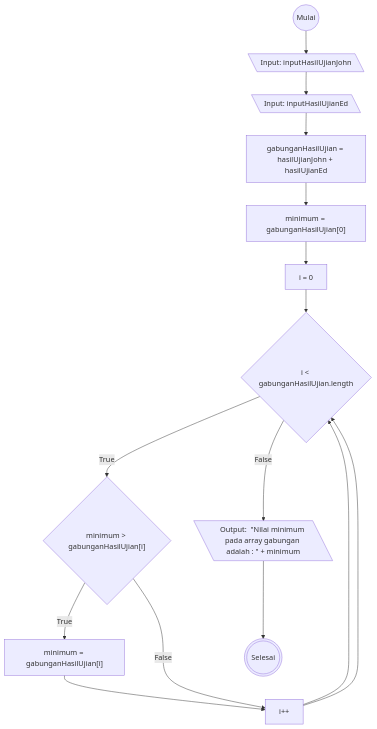
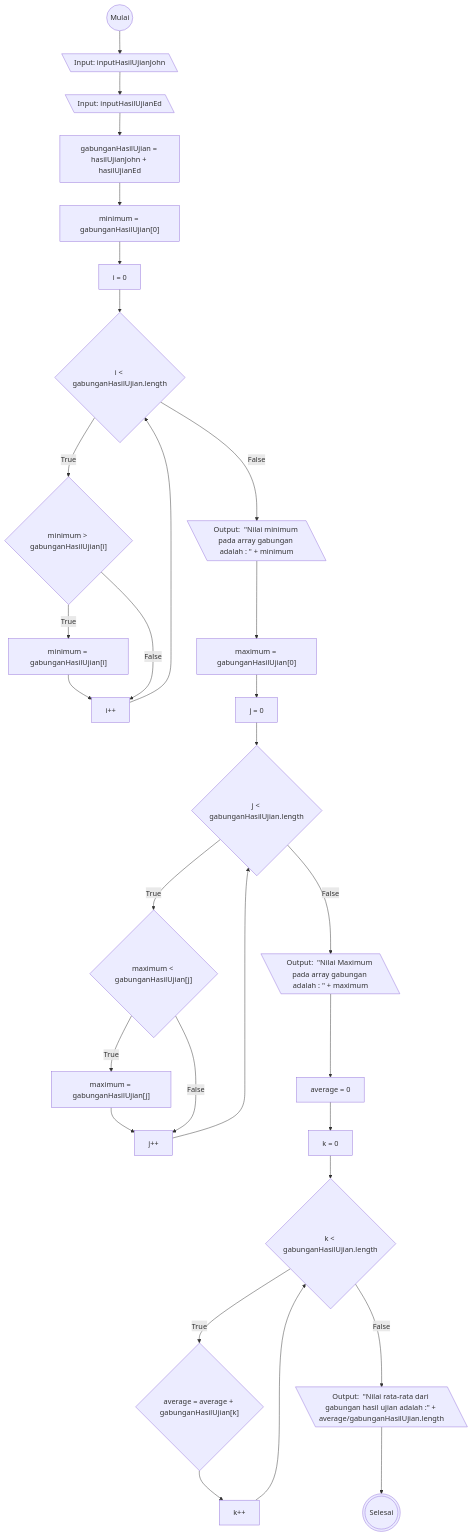
One commit to rezafauzan/koda-b6-javascript2 changed the diagram in task1.md. Above: the diagram before and after it, drawn with Mermaid. The commit also changed 1 other file, not shown here.

Commit message:
Update: add flowchart to find max and average from combined array, and a lil bit variable changes to better visualization in flowchart from code

````diff
--- a/task1.md
+++ b/task1.md
@@ -1,30 +1,57 @@
 ```mermaid
 flowchart TD
 
 start@{"shape": circle, "label": "Mulai"}
 inputHasilUjianJohn@{"shape": lean-l, "label": "Input: inputHasilUjianJohn"}
 inputHasilUjianEd@{"shape": lean-l, "label": "Input: inputHasilUjianEd"}
 combineHasilUjian@{"shape": rectangle, "label": "gabunganHasilUjian = hasilUjianJohn + hasilUjianEd"}
 
 %% Minimum
 minimumEqGabunganZero@{"shape": rectangle, "label": "minimum = gabunganHasilUjian[0]"}
 iEqZero@{"shape": rectangle, "label": i = 0}
 isIltgabunganLength@{"shape": diamond, "label": "i < gabunganHasilUjian.length"}
 isIltgabunganLengthTrue@{"shape": diamond, "label": "minimum > gabunganHasilUjian[i]"}
 isMinimumgtgabunganLengthTrue@{"shape": rectangle, "label": "minimum = gabunganHasilUjian[i]"}
 ipp@{"shape": rectangle, "label": "i++"}
 outputMinimum@{"shape": lean-l, "label": "Output:  #quot;Nilai minimum pada array gabungan adalah : #quot; + minimum"}
 
+%% Maximum
+maximumEqGabunganZero@{"shape": rectangle, "label": "maximum = gabunganHasilUjian[0]"}
+jEqZero@{"shape": rectangle, "label": j = 0}
+isJltgabunganLength@{"shape": diamond, "label": "j < gabunganHasilUjian.length"}
+isJltgabunganLengthTrue@{"shape": diamond, "label": "maximum < gabunganHasilUjian[j]"}
+isMaximumgtgabunganLengthTrue@{"shape": rectangle, "label": "maximum = gabunganHasilUjian[j]"}
+jpp@{"shape": rectangle, "label": "j++"}
+outputMaximum@{"shape": lean-l, "label": "Output:  #quot;Nilai Maximum pada array gabungan adalah : #quot; + maximum"}
+
+%% Average
+averageEqZero@{"shape": rectangle, "label": "average = 0"}
+kEqZero@{"shape": rectangle, "label": k = 0}
+iskltgabunganLength@{"shape": diamond, "label": "k < gabunganHasilUjian.length"}
+iskltgabunganLengthTrue@{"shape": diamond, "label": "average = average + gabunganHasilUjian[k]"}
+kpp@{"shape": rectangle, "label": "k++"}
+outputAverage@{"shape": lean-l, "label": "Output:  #quot;Nilai rata-rata dari gabungan hasil ujian adalah :#quot; + average/gabunganHasilUjian.length"}
+
 stop@{"shape": dbl-circ, "label": "Selesai"}
 
 start-->inputHasilUjianJohn-->inputHasilUjianEd-->combineHasilUjian-->minimumEqGabunganZero
 
+%% Minimum
 minimumEqGabunganZero-->iEqZero-->isIltgabunganLength
+isIltgabunganLength--True-->isIltgabunganLengthTrue--True-->isMinimumgtgabunganLengthTrue-->ipp
+isIltgabunganLengthTrue--False-->ipp-->isIltgabunganLength 
+isIltgabunganLength--False-->outputMinimum-->maximumEqGabunganZero
 
-isIltgabunganLength--True-->isIltgabunganLengthTrue--True-->isMinimumgtgabunganLengthTrue-->ipp-->isIltgabunganLength
-isIltgabunganLengthTrue--False-->ipp-->isIltgabunganLength 
-isIltgabunganLength--False-->outputMinimum-->stop
+%% Maximum
+maximumEqGabunganZero-->jEqZero-->isJltgabunganLength
+isJltgabunganLength--True-->isJltgabunganLengthTrue--True-->isMaximumgtgabunganLengthTrue-->jpp
+isJltgabunganLengthTrue--False-->jpp-->isJltgabunganLength 
+isJltgabunganLength--False-->outputMaximum-->averageEqZero
 
+%% Average
+averageEqZero-->kEqZero-->iskltgabunganLength
+iskltgabunganLength--True-->iskltgabunganLengthTrue-->kpp-->
+iskltgabunganLength--False-->outputAverage-->stop
 
 
 ```
````
